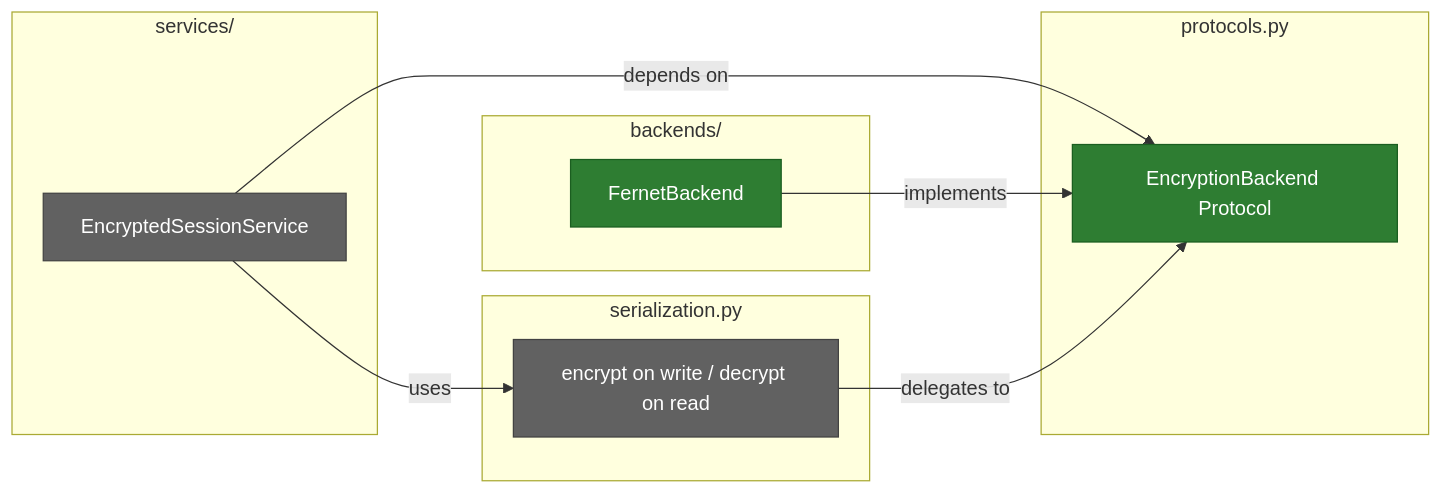
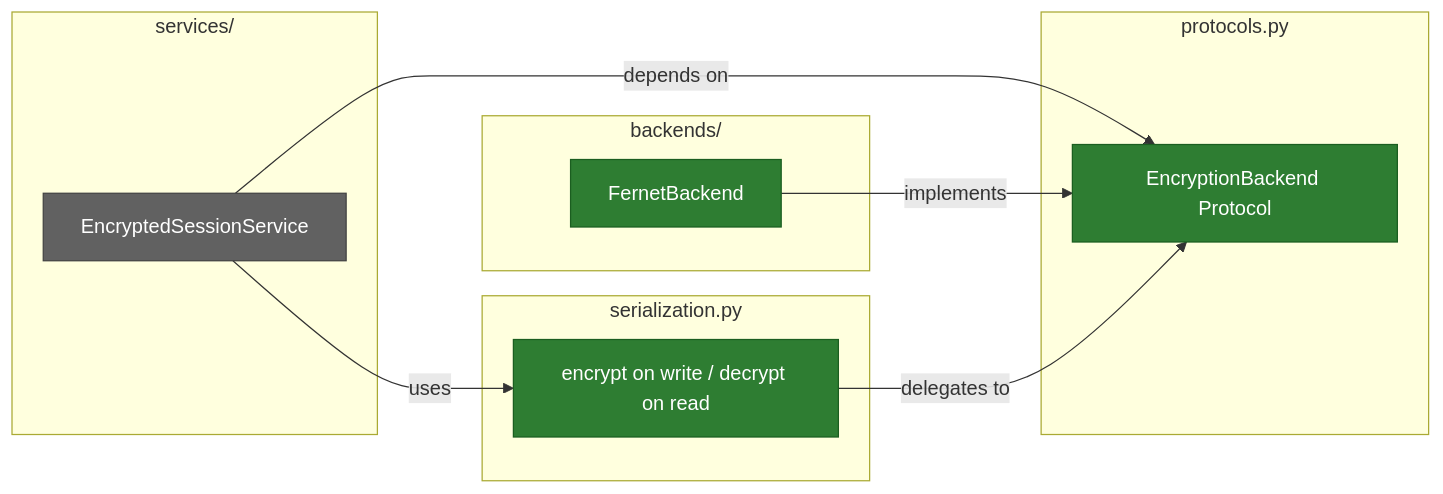
One commit to Alberto-Codes/adk-secure-sessions changed the third of 3 diagrams in docs/ARCHITECTURE.md. Above: the diagram before and after it, drawn with Mermaid. The commit also changed other lines of this file, not shown here.

Commit message:
feat(architecture): update architecture documentation with serialization functions and error handling

````diff
--- a/docs/ARCHITECTURE.md
+++ b/docs/ARCHITECTURE.md
@@ -68,28 +68,28 @@
 ```mermaid
 graph LR
     subgraph protocols.py
         EB2[EncryptionBackend Protocol]
     end
 
     subgraph services/
         ESS2[EncryptedSessionService]
     end
 
     subgraph backends/
         FB2[FernetBackend]
     end
 
     subgraph serialization.py
         SER[encrypt on write / decrypt on read]
     end
 
     ESS2 -->|depends on| EB2
     FB2 -->|implements| EB2
     ESS2 -->|uses| SER
     SER -->|delegates to| EB2
 
     style EB2 fill:#2e7d32,stroke:#1b5e20,color:#fff
     style ESS2 fill:#616161,stroke:#424242,color:#fff
     style FB2 fill:#2e7d32,stroke:#1b5e20,color:#fff
-    style SER fill:#616161,stroke:#424242,color:#fff
+    style SER fill:#2e7d32,stroke:#1b5e20,color:#fff
 ```
````
